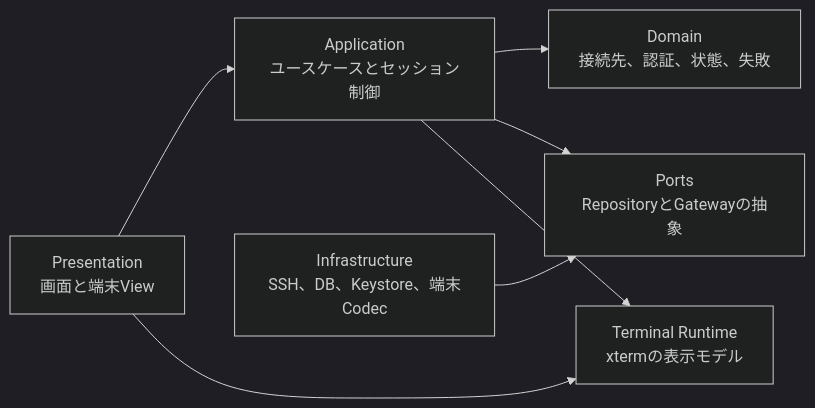
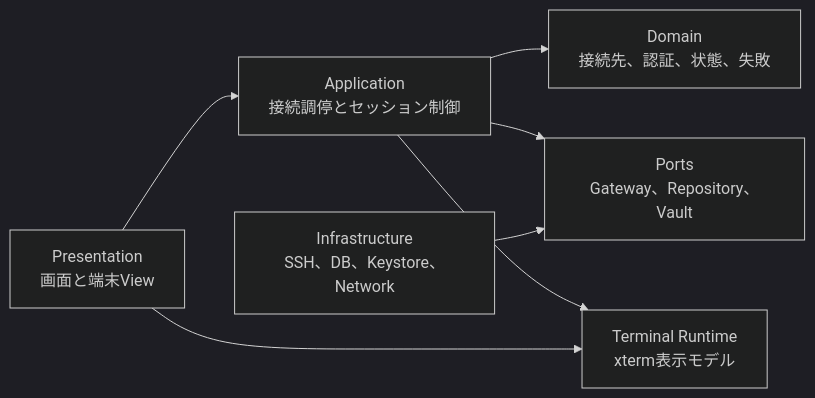
The first of 3 diagrams in ARCHITECTURE.md (4tsuha/Termethis), drawn with Mermaid (dark theme) before and after one commit. The commit also changed other lines of this file and 59 other files, not shown here.

````diff
--- a/ARCHITECTURE.md
+++ b/ARCHITECTURE.md
@@ -148,9 +185,9 @@
 ```mermaid
 flowchart LR
-    UI["Presentation<br/>画面と端末View"] --> APP["Application<br/>ユースケースとセッション制御"]
+    UI["Presentation<br/>画面と端末View"] --> APP["Application<br/>接続調停とセッション制御"]
     APP --> DOMAIN["Domain<br/>接続先、認証、状態、失敗"]
-    APP --> PORTS["Ports<br/>RepositoryとGatewayの抽象"]
-    INFRA["Infrastructure<br/>SSH、DB、Keystore、端末Codec"] --> PORTS
-    UI --> TERM["Terminal Runtime<br/>xtermの表示モデル"]
-    APP --> TERM
+    APP --> PORTS["Ports<br/>Gateway、Repository、Vault"]
+    INFRA["Infrastructure<br/>SSH、DB、Keystore、Network"] --> PORTS
+    APP --> TERM["Terminal Runtime<br/>xterm表示モデル"]
+    UI --> TERM
 ```
````
